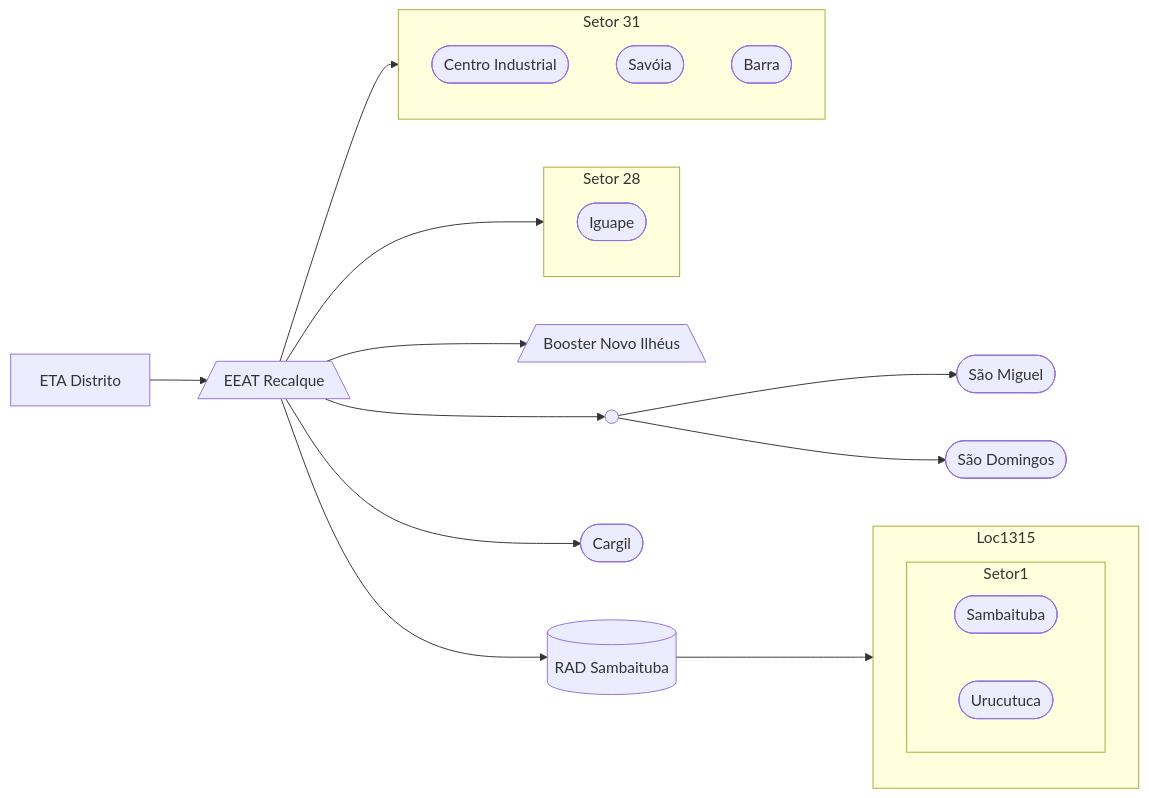
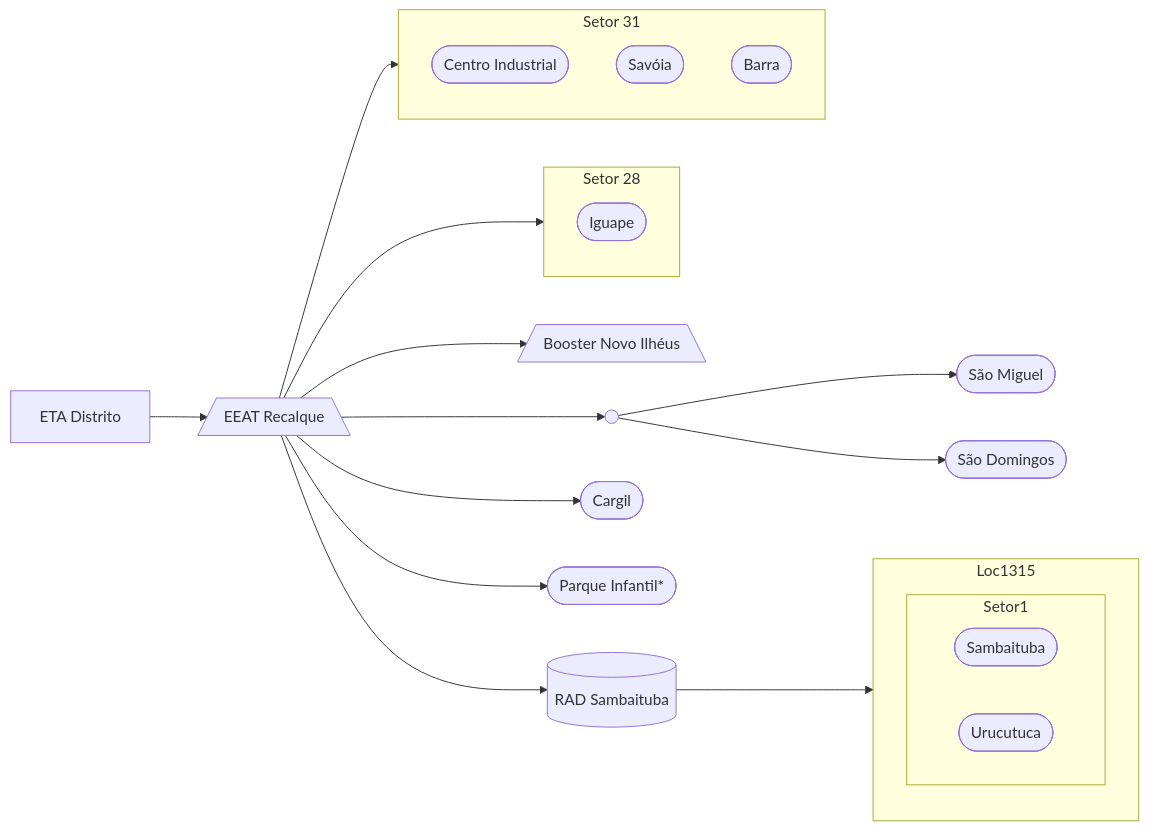
Before and after one commit to iagovls/CCO-Documentation: the diagram in ETA Distrito/EEAT Recalque.md, drawn with Mermaid.

Commit message:
Update EEAT Recalque.md

````diff
--- a/ETA Distrito/EEAT Recalque.md
+++ b/ETA Distrito/EEAT Recalque.md
@@ -45,66 +45,64 @@
 ```mermaid
 flowchart LR
         
     ETA["ETA Distrito"] 
     EEATRecalque[/"EEAT Recalque"\]
     BoosterNovoIlheus[/"Booster Novo Ilhéus"\]
     click BoosterNovoIlheus "https://github.com/iagovls/CCO-Documentation/blob/main/ETA%20Distrito/Booster%20Novo%20Ilh%C3%A9us.md"
     RADSambaituba[(RAD Sambaituba)]
     Sambaituba(["Sambaituba"]) 
     Urucutuca(["Urucutuca"]) 
     CentroIndustrial(["Centro Industrial"]) 
     Iguape(["Iguape"]) 
     Savoia(["Savóia"]) 
     Barra(["Barra"]) 
     SaoMiguel(["São Miguel"]) 
     SaoDomingos(["São Domingos"]) 
     Cargil(["Cargil"]) 
+    ParqueInfantil(["Parque Infantil*"]) 
     A@{ shape: sm-circ, label: "Small start" }
 
     %% Ligações
     ETA --> EEATRecalque
 
     EEATRecalque --> Setor28
     EEATRecalque --> Setor31
     EEATRecalque --> Cargil
 
     %% São Miguel e São Domingos
     EEATRecalque --> A
     A --> SaoMiguel
     A --> SaoDomingos
 
 
     %% Iguape
     subgraph Setor28 [Setor 28]
       Iguape
     end
 
 
     %% Setor 31
     subgraph Setor31 [Setor 31]
       CentroIndustrial
       Barra
       Savoia
     end
 
 %% Sambaituba  
     subgraph Loc1315
       subgraph Setor1
         Sambaituba
         Urucutuca
       end 
     end
 
     EEATRecalque --> RADSambaituba
     RADSambaituba --> Loc1315
 
     
 
     EEATRecalque --> BoosterNovoIlheus
 
-
-    
-
-    
-        
+    %% Parque Infantil
+    EEATRecalque -->  ParqueInfantil
 ```
````
